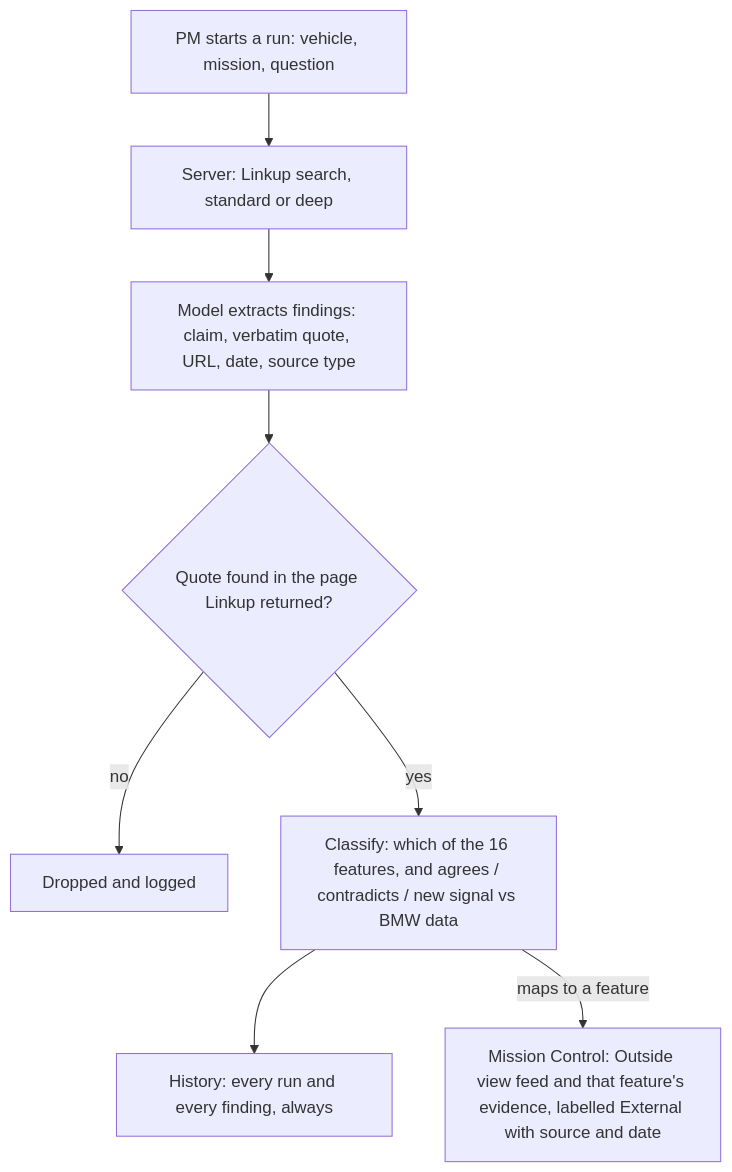
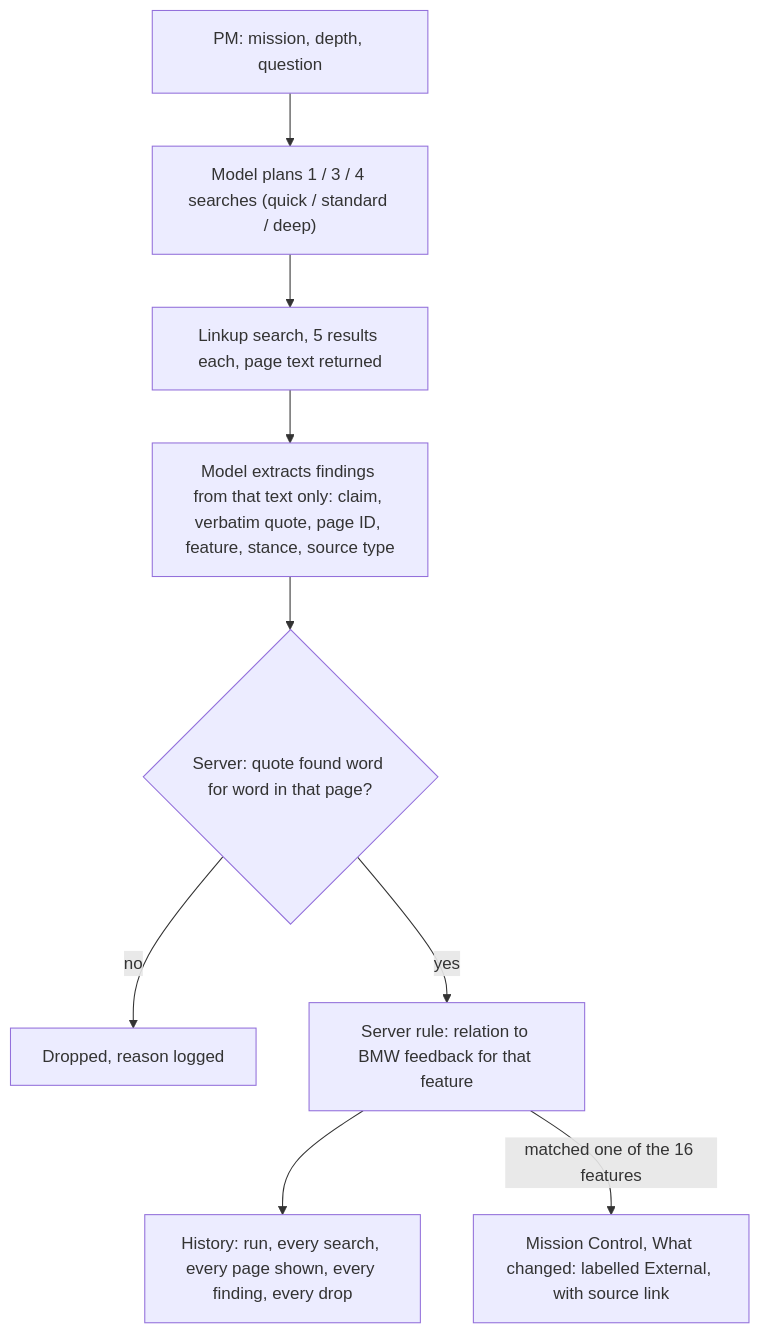
The fifth of 5 diagrams in ARCHITECTURE.md (abhinxx/bmw-backseat), drawn with Mermaid before and after one commit. The commit also changed other lines of this file, not shown here.

Commit message:
ARCHITECTURE.md: Research Agent section reflects the live build (flow, rules, relation rule, source choice)

````diff
--- a/ARCHITECTURE.md
+++ b/ARCHITECTURE.md
@@ -133,10 +136,11 @@
 ```mermaid
 flowchart TB
-  PM["PM starts a run: vehicle, mission, question"] --> S["Server: Linkup search, standard or deep"]
-  S --> X["Model extracts findings: claim, verbatim quote, URL, date, source type"]
-  X --> V{"Quote found in the page Linkup returned?"}
-  V -- "no" --> D["Dropped and logged"]
-  V -- "yes" --> C["Classify: which of the 16 features, and agrees / contradicts / new signal vs BMW data"]
-  C --> H["History: every run and every finding, always"]
-  C -- "maps to a feature" --> M["Mission Control: Outside view feed and that feature's evidence, labelled External with source and date"]
+  PM["PM: mission, depth, question"] --> P["Model plans 1 / 3 / 4 searches (quick / standard / deep)"]
+  P --> S["Linkup search, 5 results each, page text returned"]
+  S --> X["Model extracts findings from that text only: claim, verbatim quote, page ID, feature, stance, source type"]
+  X --> V{"Server: quote found word for word in that page?"}
+  V -- "no" --> D["Dropped, reason logged"]
+  V -- "yes" --> R["Server rule: relation to BMW feedback for that feature"]
+  R --> H["History: run, every search, every page shown, every finding, every drop"]
+  R -- "matched one of the 16 features" --> M["Mission Control, What changed: labelled External, with source link"]
 ```
````
